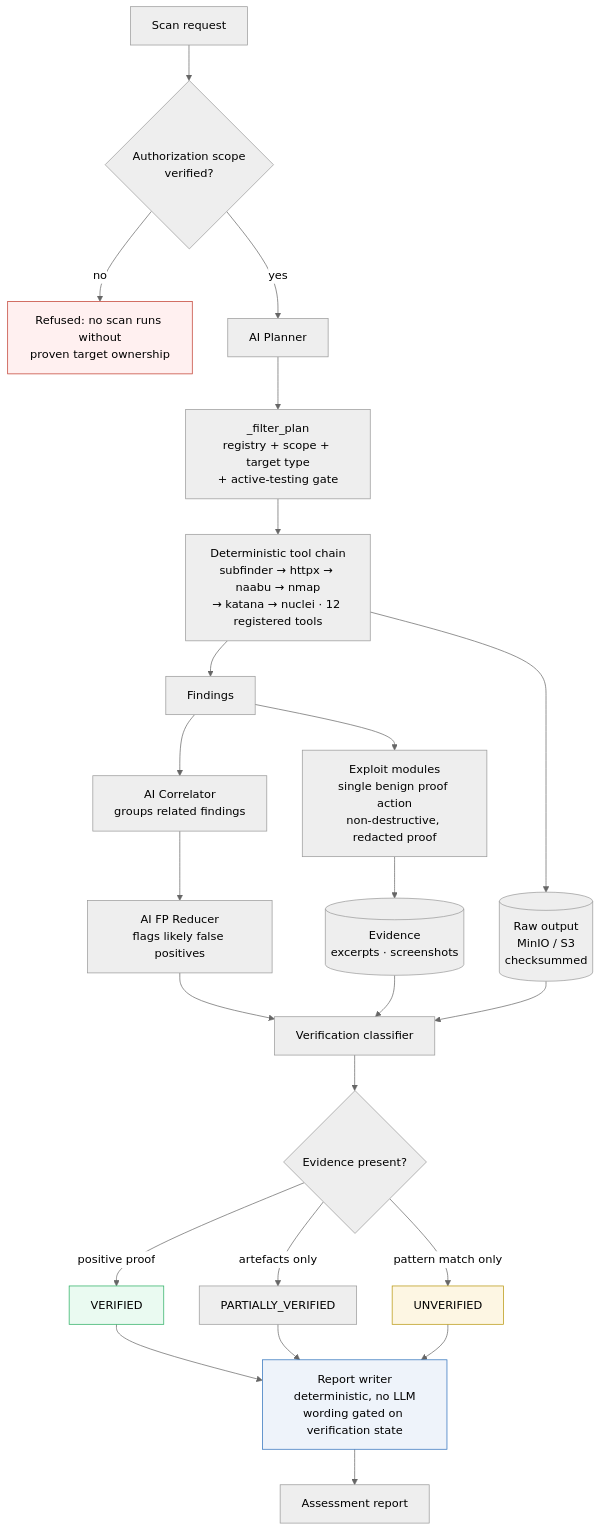
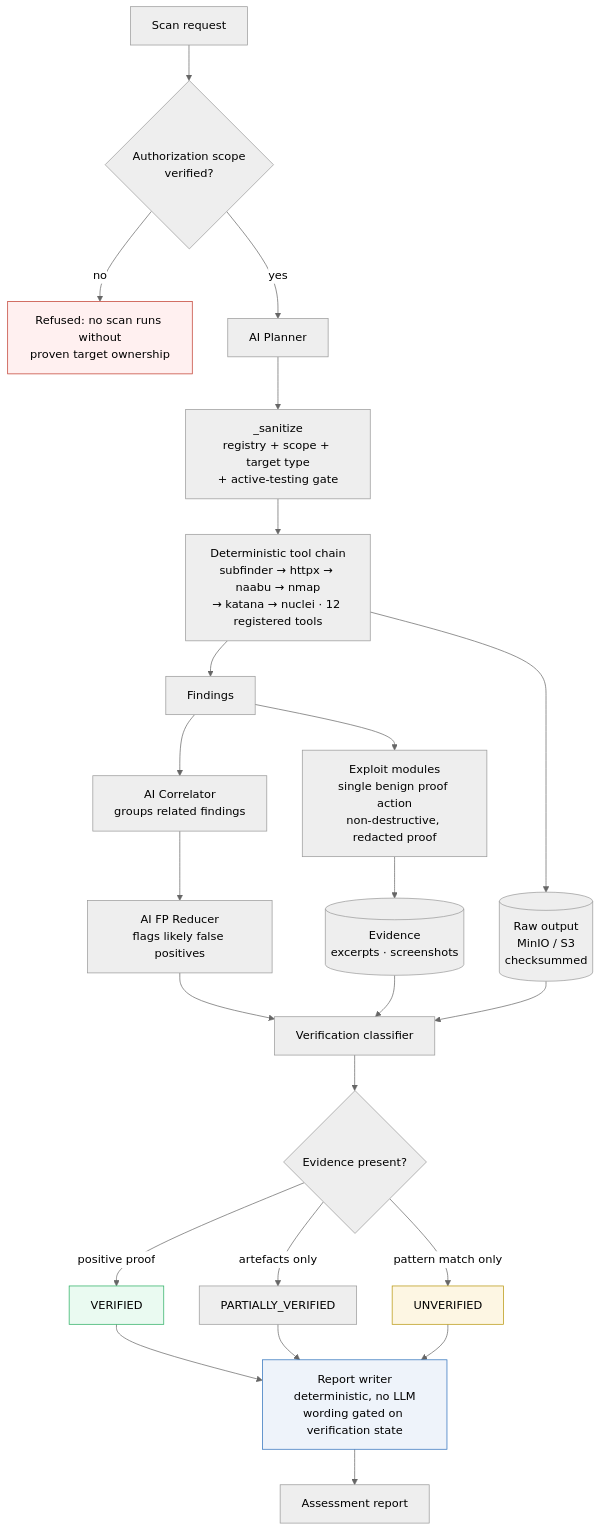
The diagram in README.md (bandar14180/MBS.CS), drawn with Mermaid (neutral theme) before and after one commit. The commit also changed other lines of this file, not shown here.

Commit message:
docs(readme): cite the planner guard by its real name
The README named the planner's tool-allowlist guard `_filter_plan`, in both
the prose and the architecture diagram. No such function exists. The guard is
`_sanitize` in apps/api/ai_agent/planner.py, which intersects the model's
proposed tools with the requested modules and TOOL_REGISTRY, so the described
behaviour -- the planner may reorder and prune but cannot introduce a tool --
is accurate; only the name was wrong.

````diff
--- a/README.md
+++ b/README.md
@@ -62,37 +62,37 @@
 ```mermaid
 flowchart TD
     A[Scan request] --> B{Authorization scope<br/>verified?}
     B -- no --> BX[Refused: no scan runs without<br/>proven target ownership]
     B -- yes --> C[AI Planner]
 
-    C --> D[_filter_plan<br/>registry + scope + target type<br/>+ active-testing gate]
+    C --> D[_sanitize<br/>registry + scope + target type<br/>+ active-testing gate]
     D --> E[Deterministic tool chain<br/>subfinder &rarr; httpx &rarr; naabu &rarr; nmap<br/>&rarr; katana &rarr; nuclei · 12 registered tools]
 
     E --> F[(Raw output<br/>MinIO / S3<br/>checksummed)]
     E --> G[Findings]
 
     G --> H[AI Correlator<br/>groups related findings]
     H --> I[AI FP Reducer<br/>flags likely false positives]
 
     G --> J[Exploit modules<br/>single benign proof action<br/>non-destructive, redacted proof]
     J --> K[(Evidence<br/>excerpts · screenshots)]
 
     I --> L[Verification classifier]
     K --> L
     F --> L
 
     L --> M{Evidence present?}
     M -- positive proof --> N[VERIFIED]
     M -- artefacts only --> O[PARTIALLY_VERIFIED]
     M -- pattern match only --> P[UNVERIFIED]
 
     N --> Q[Report writer<br/>deterministic, no LLM<br/>wording gated on verification state]
     O --> Q
     P --> Q
     Q --> R[Assessment report]
 
     style BX fill:#fff0f0,stroke:#c0392b
     style N fill:#eafaf1,stroke:#27ae60
     style P fill:#fdf6e3,stroke:#b7950b
     style Q fill:#eef3fa,stroke:#2c6fbb
 ```
````
